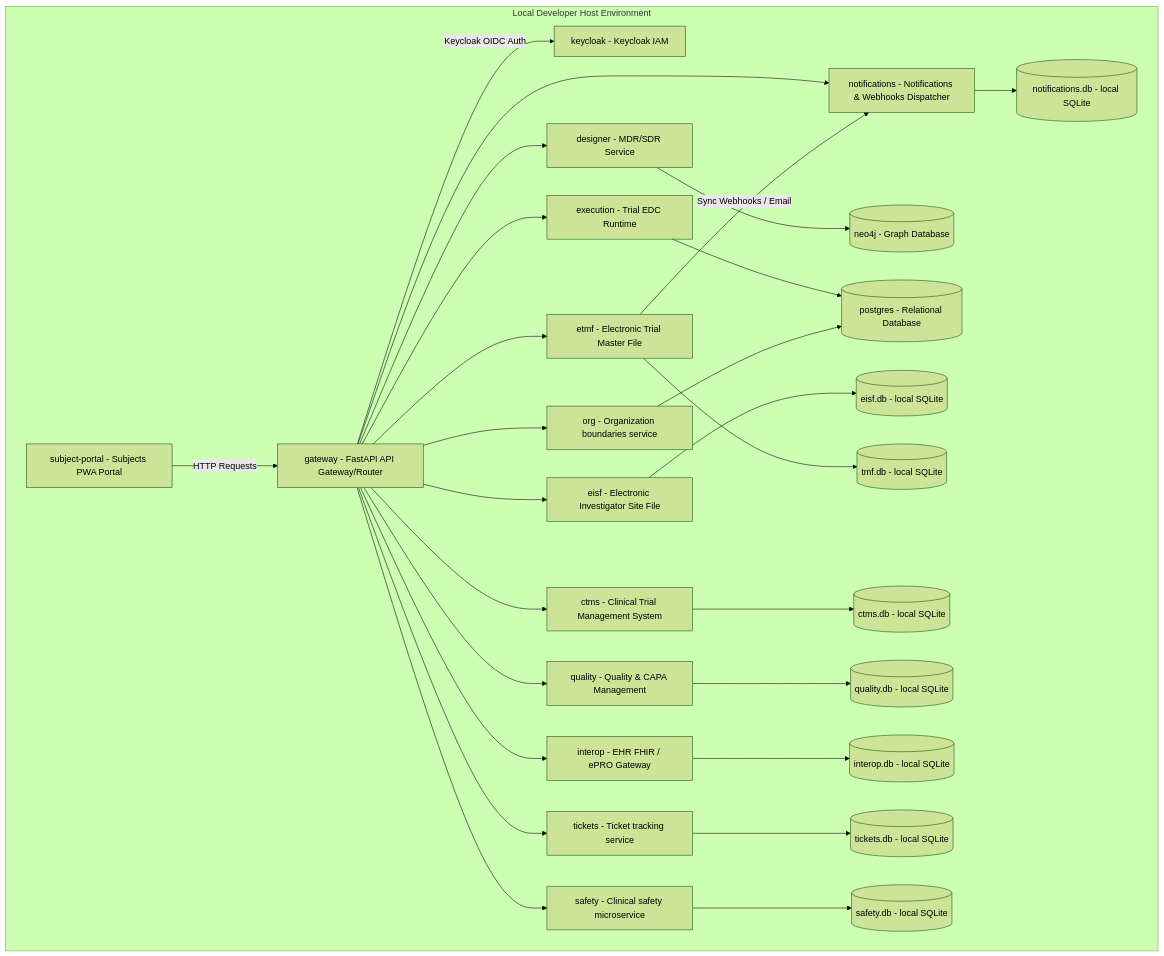
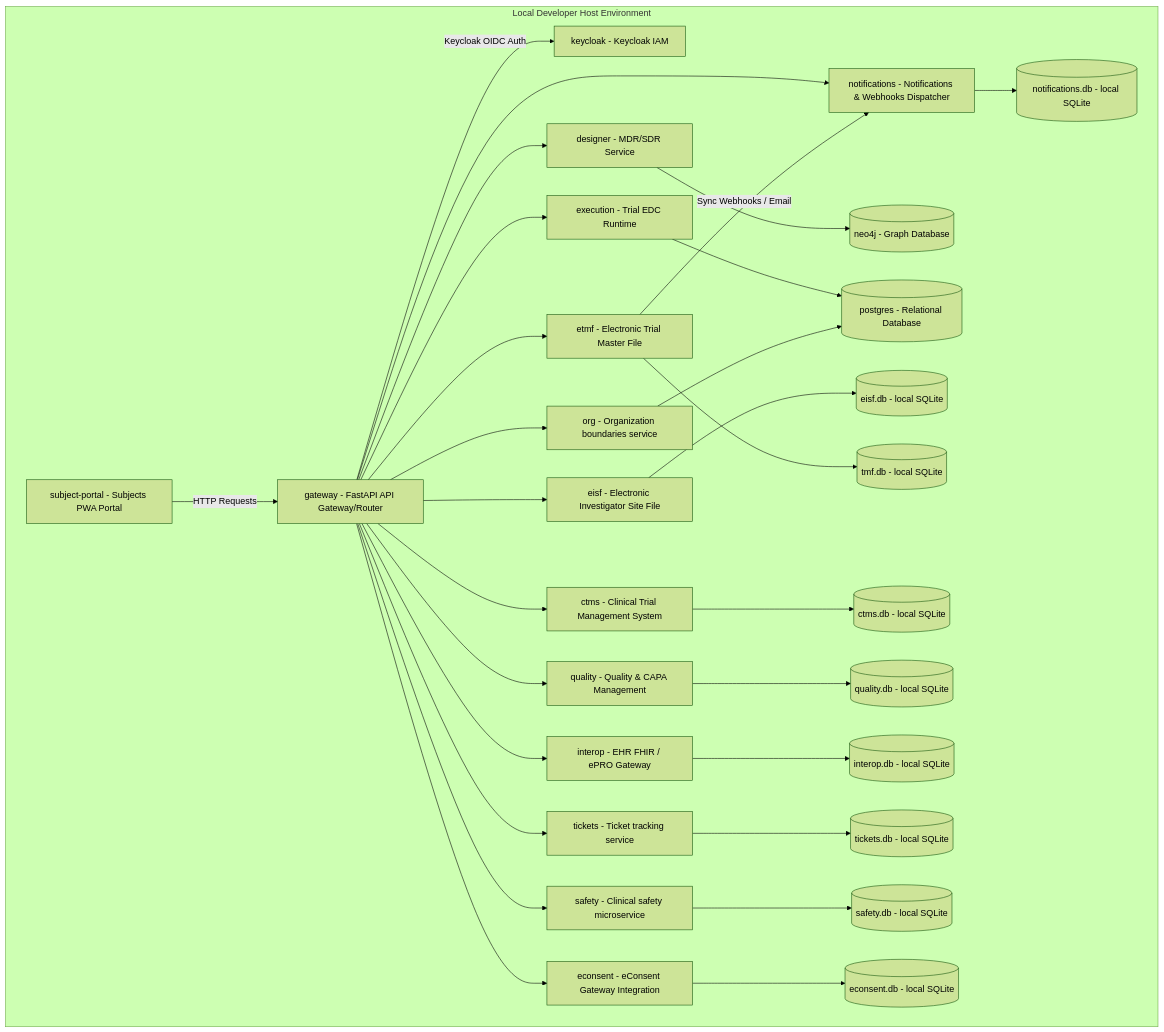
The second of 6 diagrams in docs/SDLC/02_Technical_Design_Document_TDD.md (fderuiter/cadence-clinical), drawn with Mermaid (forest theme) before and after one commit. The commit also changed 2 other files, not shown here.

Commit message:
docs(architecture): resolve architecture drift and whitelist expected duplicate pairs

````diff
--- a/docs/SDLC/02_Technical_Design_Document_TDD.md
+++ b/docs/SDLC/02_Technical_Design_Document_TDD.md
@@ -105,68 +105,72 @@
 ```mermaid
 flowchart TD
     subgraph Local Developer Host Environment
         subject-portal[subject-portal - Subjects PWA Portal]
         gateway[gateway - FastAPI API Gateway/Router]
         keycloak[keycloak - Keycloak IAM]
         designer[designer - MDR/SDR Service]
         execution[execution - Trial EDC Runtime]
         org[org - Organization boundaries service]
         eisf[eisf - Electronic Investigator Site File]
         etmf[etmf - Electronic Trial Master File]
         ctms[ctms - Clinical Trial Management System]
         quality[quality - Quality & CAPA Management]
         interop[interop - EHR FHIR / ePRO Gateway]
         tickets[tickets - Ticket tracking service]
         safety[safety - Clinical safety microservice]
         notifications[notifications - Notifications & Webhooks Dispatcher]
+        econsent[econsent - eConsent Gateway Integration]
 
         %% Databases
         postgres[(postgres - Relational Database)]
         neo4j[(neo4j - Graph Database)]
 
         %% SQLite file boundaries
         sqlite_eisf[(eisf.db - local SQLite)]
         sqlite_etmf[(tmf.db - local SQLite)]
         sqlite_ctms[(ctms.db - local SQLite)]
         sqlite_quality[(quality.db - local SQLite)]
         sqlite_interop[(interop.db - local SQLite)]
         sqlite_tickets[(tickets.db - local SQLite)]
         sqlite_safety[(safety.db - local SQLite)]
         sqlite_notifications[(notifications.db - local SQLite)]
+        sqlite_econsent[(econsent.db - local SQLite)]
     end
 
     %% Routing Flow
     subject-portal -->|HTTP Requests| gateway
     gateway -->|Keycloak OIDC Auth| keycloak
 
     %% API Routing
     gateway --> designer
     gateway --> execution
     gateway --> org
     gateway --> eisf
     gateway --> etmf
     gateway --> ctms
     gateway --> quality
     gateway --> interop
     gateway --> tickets
     gateway --> safety
     gateway --> notifications
+    gateway --> econsent
 
     %% Shared storage connections
     designer --> neo4j
     execution --> postgres
     org --> postgres
 
     %% Individual SQLite files
     eisf --> sqlite_eisf
     etmf --> sqlite_etmf
     ctms --> sqlite_ctms
     quality --> sqlite_quality
     interop --> sqlite_interop
     tickets --> sqlite_tickets
     safety --> sqlite_safety
     notifications --> sqlite_notifications
+    econsent --> sqlite_econsent
 
     %% Inter-service events
     etmf -->|Sync Webhooks / Email| notifications
 ```
````
